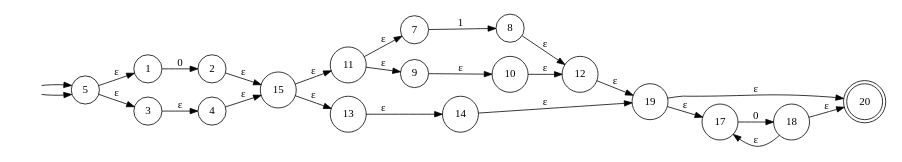
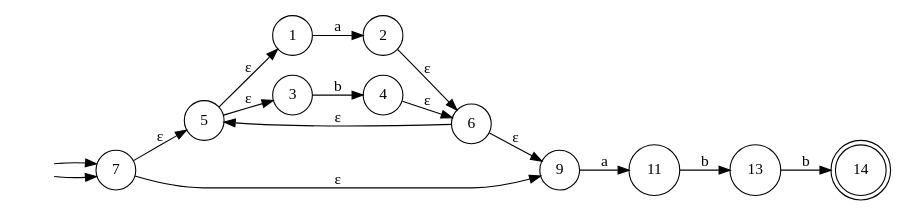
One commit to donmatthiuz/Laboratorios_Teoria_Computacion- changed the diagram in automata.gv. Above: the diagram before and after it, drawn with Graphviz. The commit also changed 4 other files, not shown here.

```diff
--- a/automata.gv
+++ b/automata.gv
@@ -1,32 +1,23 @@
 digraph finite_state_machine {
 	rankdir=LR size="8,5"
 	node [shape=doublecircle]
-	20
+	14
 	node [shape=circle]
 	"" [style=invis]
-	"" -> 5
+	"" -> 7
+	7 -> 5 [label="ε"]
+	6 -> 5 [label="ε"]
+	6 -> 9 [label="ε"]
+	"" [style=invis]
+	"" -> 7
+	7 -> 9 [label="ε"]
 	5 -> 1 [label="ε"]
-	"" [style=invis]
-	"" -> 5
 	5 -> 3 [label="ε"]
-	2 -> 15 [label="ε"]
-	4 -> 15 [label="ε"]
-	1 -> 2 [label=0]
-	3 -> 4 [label="ε"]
-	15 -> 11 [label="ε"]
-	15 -> 13 [label="ε"]
-	12 -> 19 [label="ε"]
-	14 -> 19 [label="ε"]
-	11 -> 7 [label="ε"]
-	11 -> 9 [label="ε"]
-	8 -> 12 [label="ε"]
-	10 -> 12 [label="ε"]
-	7 -> 8 [label=1]
-	9 -> 10 [label="ε"]
-	13 -> 14 [label="ε"]
-	19 -> 17 [label="ε"]
-	18 -> 17 [label="ε"]
-	18 -> 20 [label="ε"]
-	19 -> 20 [label="ε"]
-	17 -> 18 [label=0]
+	2 -> 6 [label="ε"]
+	4 -> 6 [label="ε"]
+	1 -> 2 [label=a]
+	3 -> 4 [label=b]
+	9 -> 11 [label=a]
+	11 -> 13 [label=b]
+	13 -> 14 [label=b]
 }
```
